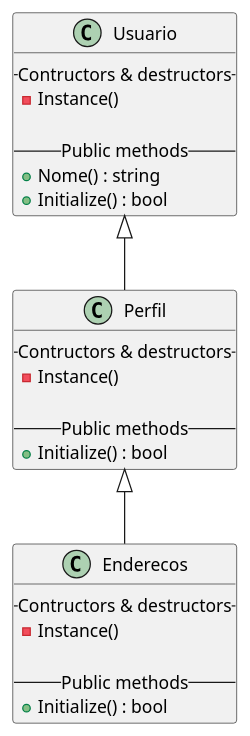
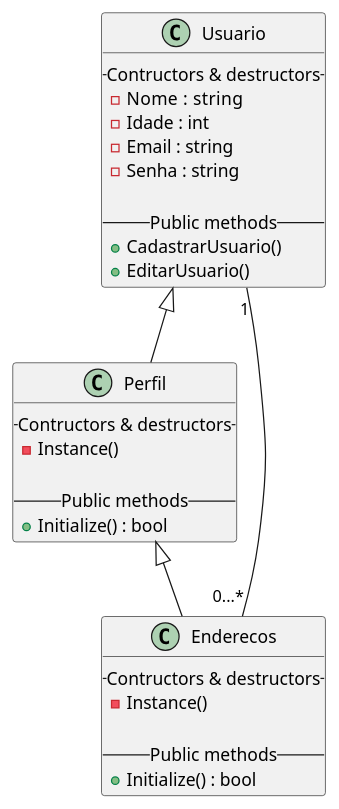
Before and after one commit to ArturJD/UML-in-Markdown: the diagram in UML/Instance.puml, drawn with PlantUML.

```diff
--- a/UML/Instance.puml
+++ b/UML/Instance.puml
@@ -1,31 +1,33 @@
 @startuml
-
 Usuario <|-- Perfil
 Perfil <|-- Enderecos
+Usuario "1" -- "0...*" Enderecos
 
 class Usuario {
     -- Contructors & destructors --
-    - Instance()
+    - Nome  : string
+    - Idade : int
+    - Email : string
+    - Senha : string
     
     -- Public methods --
-    + Nome() : string
-    + Initialize() : bool
+    + CadastrarUsuario()
+    + EditarUsuario()
 }
 
 class Perfil {
     -- Contructors & destructors --
     - Instance()
     
     -- Public methods --
     + Initialize() : bool
 }
 
 class Enderecos {
     -- Contructors & destructors --
     - Instance()
     
     -- Public methods --
     + Initialize() : bool
 }
-
 @enduml
```
